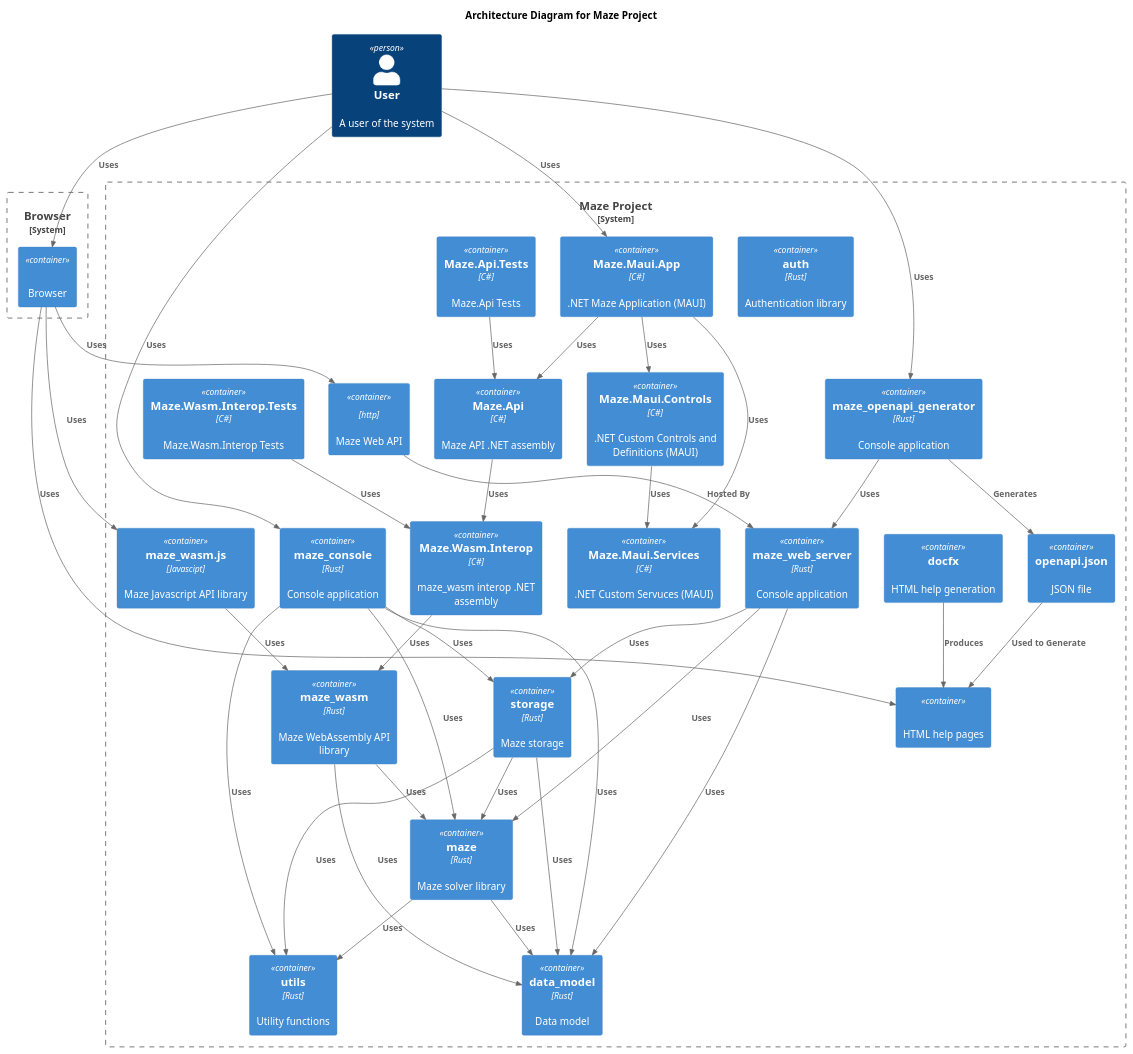
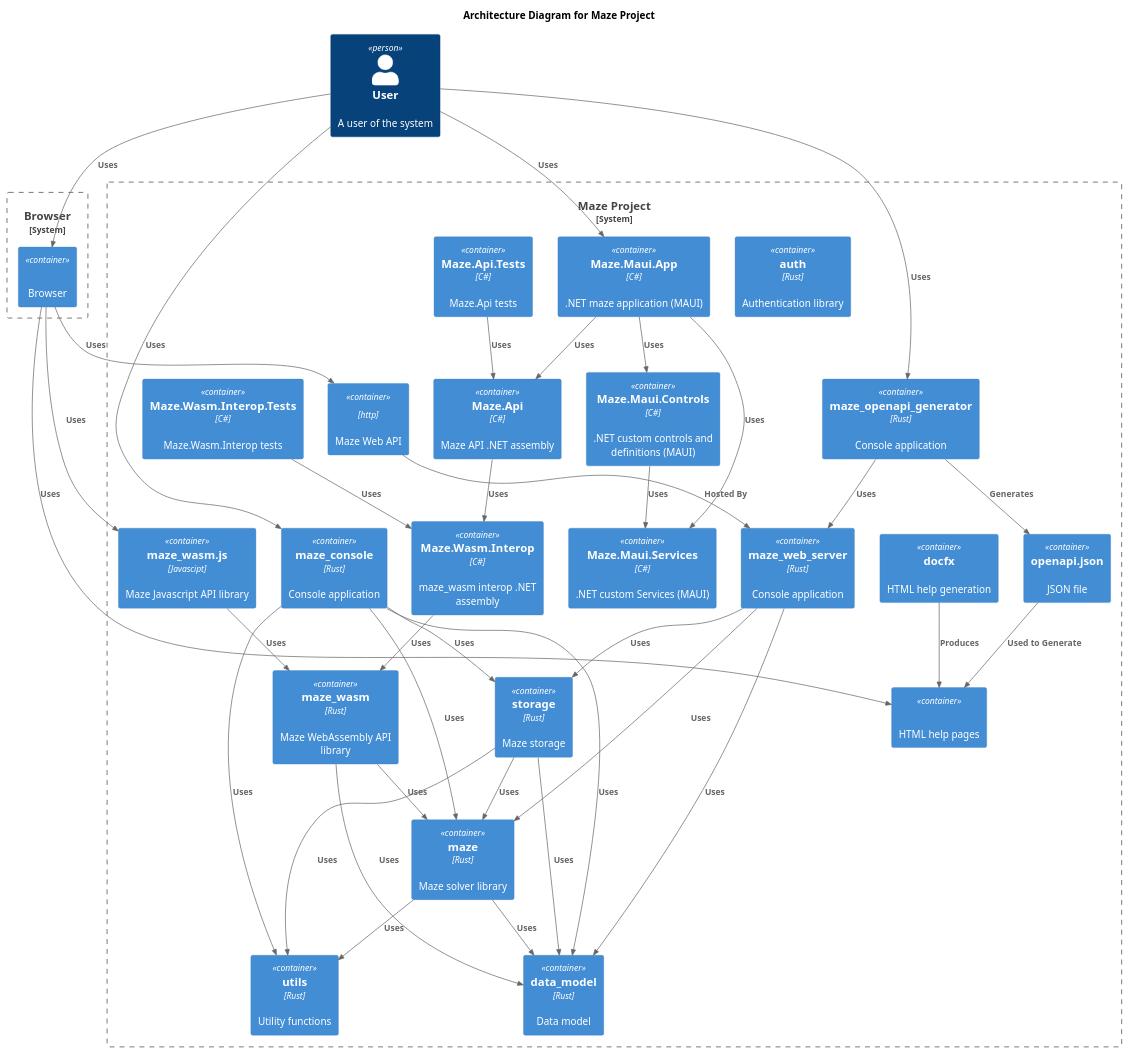
The diagram in docs/diagrams/architecture.puml (budgiedownunder/maze), drawn with PlantUML before and after one commit.

Commit message:
Update architecture diagram text

```diff
--- a/docs/diagrams/architecture.puml
+++ b/docs/diagrams/architecture.puml
@@ -2,73 +2,73 @@
 @startuml
 
 !include https://raw.githubusercontent.com/plantuml-stdlib/C4-PlantUML/master/C4_Container.puml
 
 title Architecture Diagram for Maze Project
 
 Person(user, "User", "A user of the system")
 
 System_Boundary(c1, "Browser") {
     Container(browser, "", "", "Browser")
 }
 
 System_Boundary(c2, "Maze Project") {
     Container(html_help, "", "", "HTML help pages")
     Container(auth, "auth", "Rust", "Authentication library")
     Container(data_model, "data_model", "Rust", "Data model")
     Container(docfx, "docfx", "", "HTML help generation")
     Container(maze, "maze", "Rust", "Maze solver library")
-    Container(maze_maui_app_net, "Maze.Maui.App", "C#", ".NET Maze Application (MAUI)")
-    Container(maze_maui_controls_net, "Maze.Maui.Controls", "C#", ".NET Custom Controls and Definitions (MAUI)")
-    Container(maze_maui_services_net, "Maze.Maui.Services", "C#", ".NET Custom Servuces (MAUI)")
-    Container(maze_api_net_tests, "Maze.Api.Tests", "C#", "Maze.Api Tests")
+    Container(maze_maui_app_net, "Maze.Maui.App", "C#", ".NET maze application (MAUI)")
+    Container(maze_maui_controls_net, "Maze.Maui.Controls", "C#", ".NET custom controls and definitions (MAUI)")
+    Container(maze_maui_services_net, "Maze.Maui.Services", "C#", ".NET custom Services (MAUI)")
+    Container(maze_api_net_tests, "Maze.Api.Tests", "C#", "Maze.Api tests")
     Container(maze_api_net, "Maze.Api", "C#", "Maze API .NET assembly")
-    Container(maze_wasm_interop_net_tests, "Maze.Wasm.Interop.Tests", "C#", "Maze.Wasm.Interop Tests")
+    Container(maze_wasm_interop_net_tests, "Maze.Wasm.Interop.Tests", "C#", "Maze.Wasm.Interop tests")
     Container(maze_wasm_interop_net, "Maze.Wasm.Interop", "C#", "maze_wasm interop .NET assembly")
     Container(maze_wasm_js, "maze_wasm.js", "Javascipt", "Maze Javascript API library")
     Container(maze_wasm, "maze_wasm", "Rust", "Maze WebAssembly API library")
     Container(maze_console, "maze_console", "Rust", "Console application")
     Container(maze_web_api, "", "http", "Maze Web API")
     Container(maze_web_server, "maze_web_server", "Rust", "Console application")
     Container(maze_openapi_generator, "maze_openapi_generator", "Rust", "Console application")
     Container(openapi_json, "openapi.json", "", "JSON file")
     Container(storage, "storage", "Rust", "Maze storage")
     Container(utils, "utils", "Rust", "Utility functions")
 }
 
 Rel(user, browser, "Uses")
 Rel(browser, html_help, "Uses")
 Rel(browser, maze_wasm_js, "Uses")
 Rel(docfx, html_help, "Produces")
 Rel(user, maze_console, "Uses")
 Rel(maze_console, data_model, "Uses")
 Rel(maze_console, maze, "Uses")
 Rel(maze_console, storage, "Uses")
 Rel(maze_console, utils, "Uses")
 Rel(browser, maze_web_api, "Uses")
 Rel(maze_web_api, maze_web_server, "Hosted By")
 Rel(maze_web_server, data_model, "Uses")
 Rel(maze_web_server, maze, "Uses")
 Rel(maze_web_server, storage, "Uses")
 Rel(user, maze_openapi_generator, "Uses")
 Rel(maze_openapi_generator, maze_web_server, "Uses")
 Rel(maze_openapi_generator, openapi_json, "Generates")
 Rel(openapi_json, html_help, "Used to Generate")
 Rel(user, maze_maui_app_net, "Uses")
 Rel(maze_maui_app_net, maze_maui_controls_net, "Uses")
 Rel(maze_maui_app_net, maze_maui_services_net, "Uses")
 Rel(maze_maui_app_net, maze_api_net, "Uses")
 Rel(maze_maui_controls_net, maze_maui_services_net, "Uses")
 Rel(maze_api_net_tests, maze_api_net, "Uses")
 Rel(maze_api_net, maze_wasm_interop_net, "Uses")
 Rel(maze_wasm_interop_net_tests, maze_wasm_interop_net, "Uses")
 Rel(maze_wasm_interop_net, maze_wasm, "Uses")
 Rel(maze_wasm_js, maze_wasm, "Uses")
 Rel(maze_wasm, data_model, "Uses")
 Rel(maze_wasm, maze, "Uses")
 Rel(storage, data_model, "Uses")
 Rel(storage, maze, "Uses")
 Rel(storage, utils, "Uses")
 Rel(maze, data_model, "Uses")
 Rel(maze, utils, "Uses")
 
 @enduml
```
